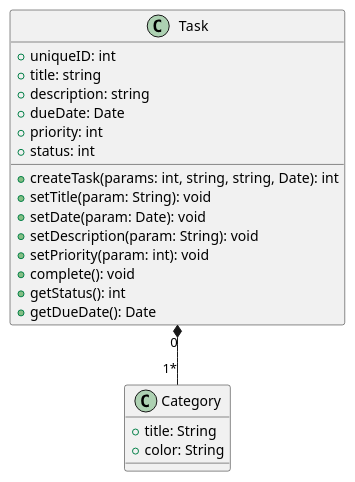
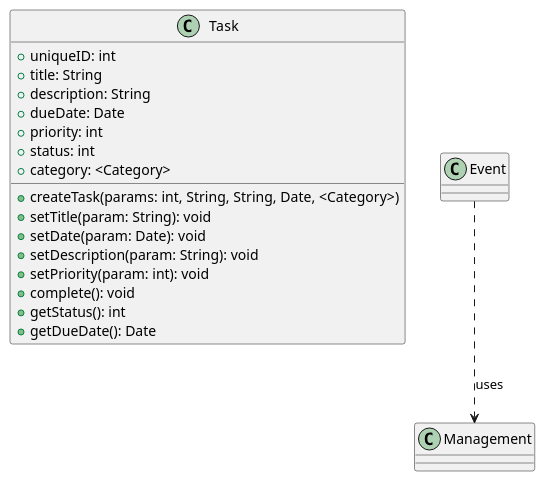
Before and after one commit to CS361-2024Fall-Term/Innovators: the diagram in assignment6/task.puml, drawn with PlantUML. The commit also changed 1 other file, not shown here.

```diff
--- a/assignment6/task.puml
+++ b/assignment6/task.puml
@@ -1,27 +1,23 @@
 @startuml
 
 class Task {
   +uniqueID: int
-  +title: string
-  +description: string
+  +title: String
+  +description: String
   +dueDate: Date
   +priority: int
   +status: int
-  +createTask(params: int, string, string, Date): int
+  +category: <Category>
+  +createTask(params: int, String, String, Date, <Category>)
   +setTitle(param: String): void
   +setDate(param: Date): void
   +setDescription(param: String): void
   +setPriority(param: int): void
   +complete(): void
   +getStatus(): int
   +getDueDate(): Date
 }
 
-class Category {
-  +title: String
-  +color: String
-}
-
-Task "0" *-- "1*" Category
+Event ..> Management: uses
 
 @enduml
```
